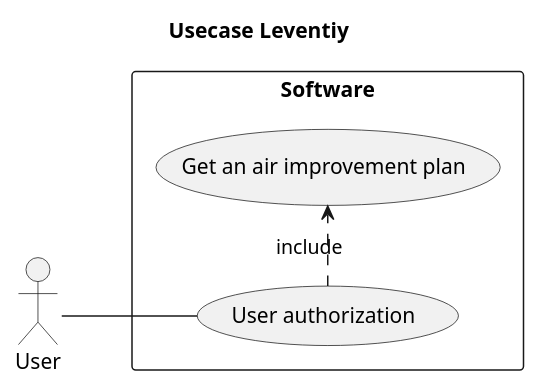
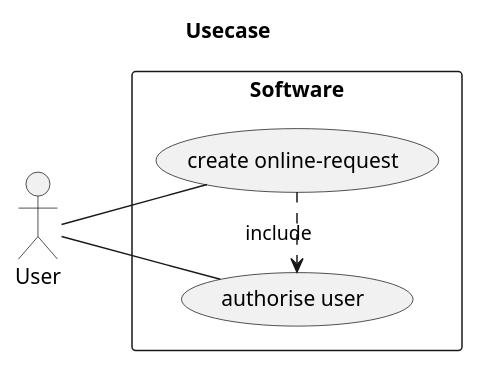
One commit to oleksandrblazhko/ai-212-leventij changed the diagram in 2-SoftwareDesign/2.7-PlantUML/UML-UseCase.puml. Above: the diagram before and after it, drawn with PlantUML.

Commit message:
Update UML-UseCase diagram file

```diff
--- a/2-SoftwareDesign/2.7-PlantUML/UML-UseCase.puml
+++ b/2-SoftwareDesign/2.7-PlantUML/UML-UseCase.puml
@@ -1,14 +1,20 @@
 @startuml
-title Usecase Leventiy
+
+title Usecase 
+
 left to right direction
-actor :User:
+
+actor User
 
 rectangle Software {
 
-    usecase (User authorization)
-    usecase (Get an air improvement plan)
+    usecase (create online-request)
+    usecase (authorise user)
 
-   :User: -- (User authorization)
-   (User authorization) .> (Get an air improvement plan) : include
+   (create online-request) .> (authorise user) : include
+   
+   User -- (create online-request)
+   User -- (authorise user)
 }
+
 @enduml
```
